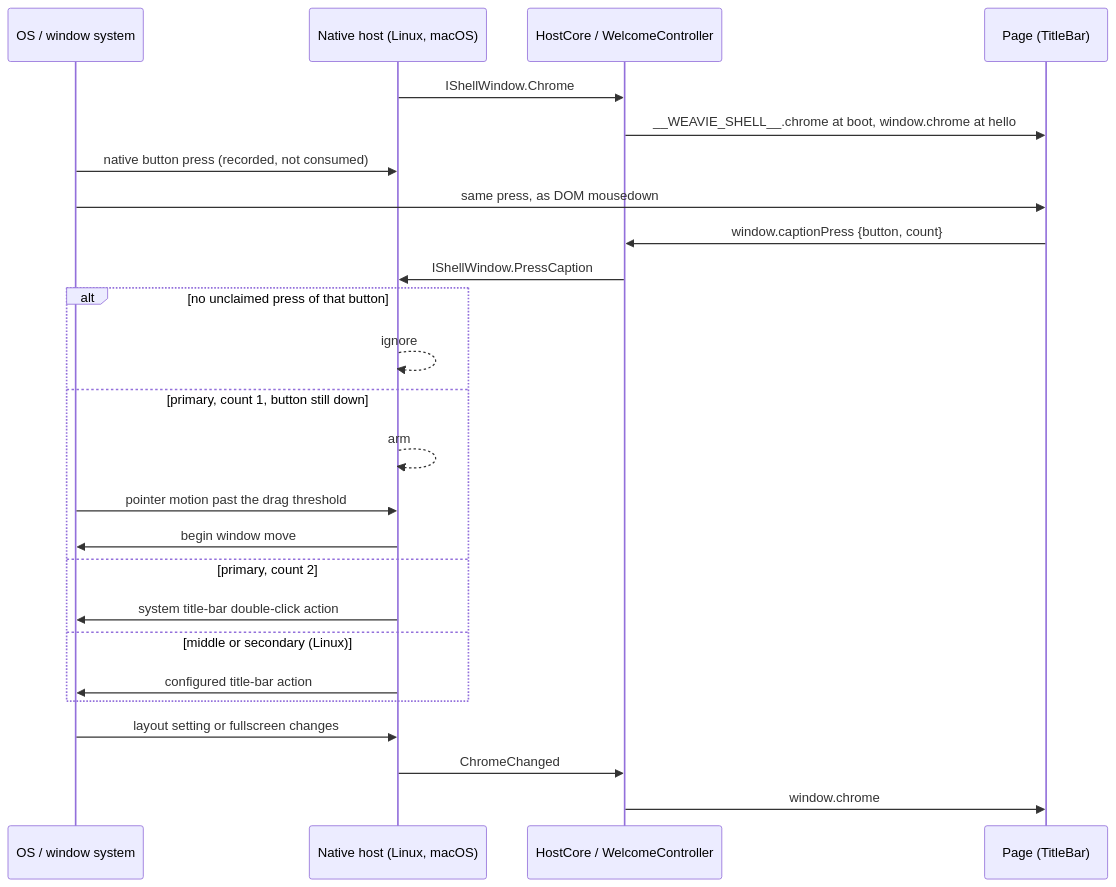
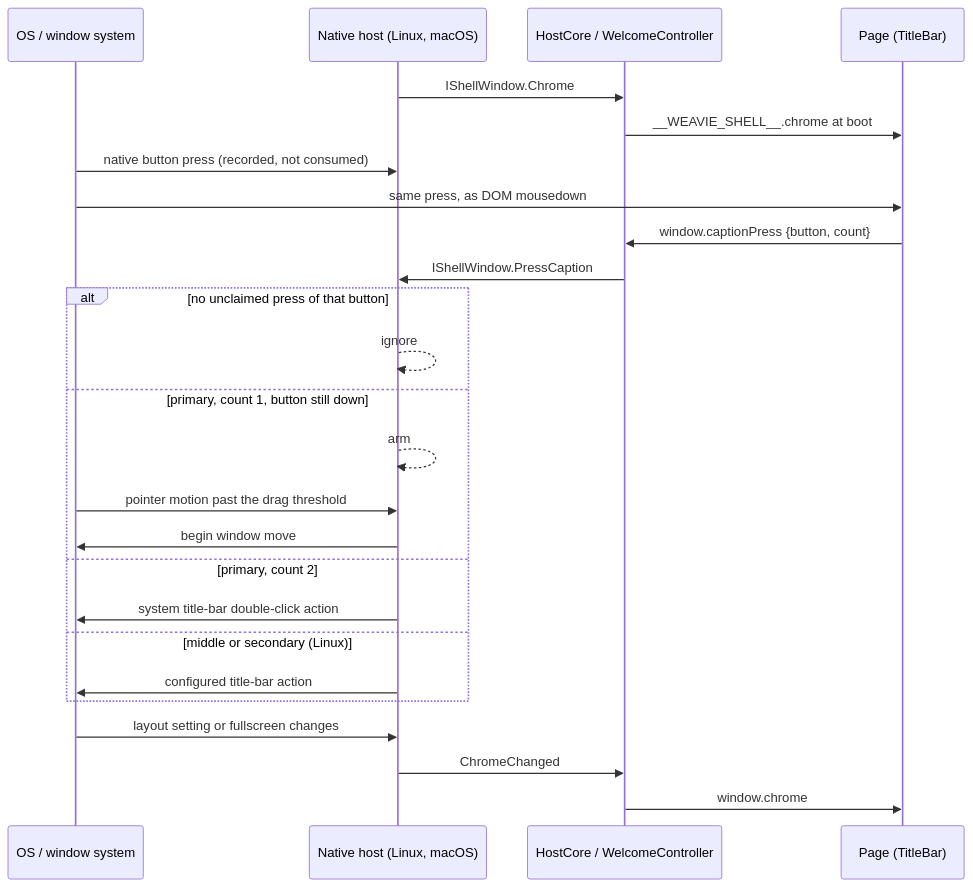
One commit to Kapps/weavie changed the diagram in docs/specs/unified-title-bar/design.md. Above: the diagram before and after it, drawn with Mermaid. The commit also changed other lines of this file and 5 other files, not shown here.

````diff
--- a/docs/specs/unified-title-bar/design.md
+++ b/docs/specs/unified-title-bar/design.md
@@ -82,28 +82,28 @@
 ```mermaid
 sequenceDiagram
     participant OS as OS / window system
     participant Host as Native host (Linux, macOS)
     participant Core as HostCore / WelcomeController
     participant Page as Page (TitleBar)
 
     Host->>Core: IShellWindow.Chrome
-    Core->>Page: __WEAVIE_SHELL__.chrome at boot, window.chrome at hello
+    Core->>Page: __WEAVIE_SHELL__.chrome at boot
     OS->>Host: native button press (recorded, not consumed)
     OS->>Page: same press, as DOM mousedown
     Page->>Core: window.captionPress {button, count}
     Core->>Host: IShellWindow.PressCaption
     alt no unclaimed press of that button
         Host-->>Host: ignore
     else primary, count 1, button still down
         Host-->>Host: arm
         OS->>Host: pointer motion past the drag threshold
         Host->>OS: begin window move
     else primary, count 2
         Host->>OS: system title-bar double-click action
     else middle or secondary (Linux)
         Host->>OS: configured title-bar action
     end
     OS->>Host: layout setting or fullscreen changes
     Host->>Core: ChromeChanged
     Core->>Page: window.chrome
 ```
````
